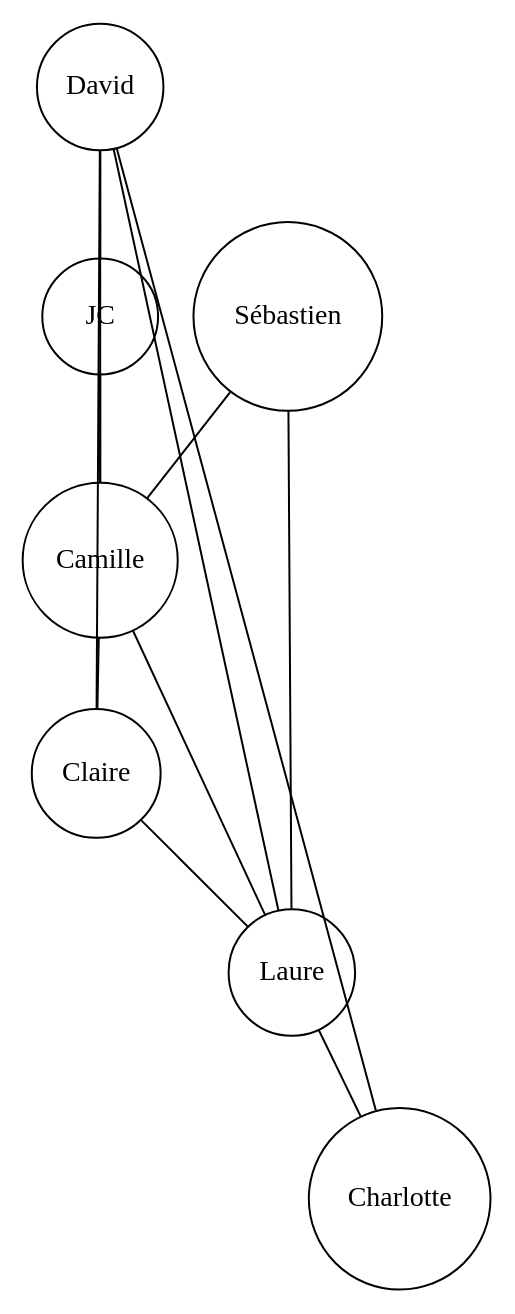
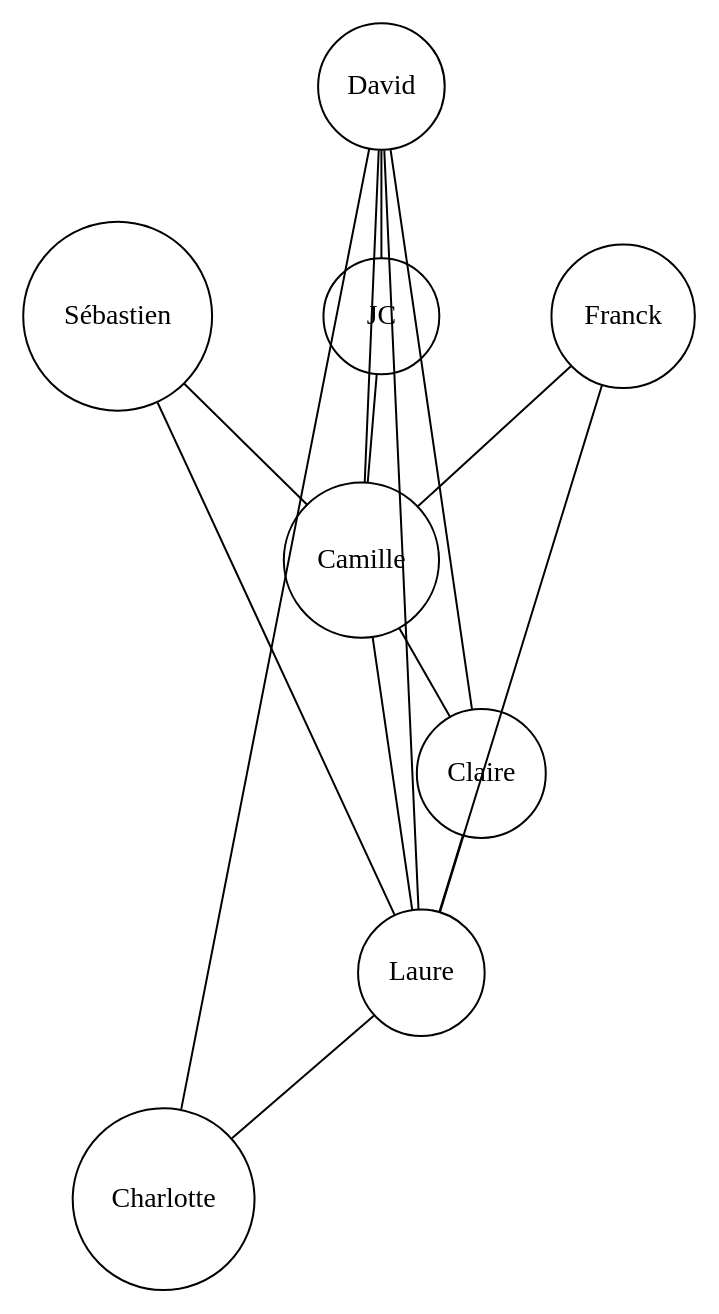
One commit to coti/interactions changed the diagram in graphe.dot. Above: the diagram before and after it, drawn with Graphviz.

Commit message:
Ajout Franck P

```diff
--- a/graphe.dot
+++ b/graphe.dot
@@ -1,18 +1,20 @@
  digraph G {
  node [shape=circle width=.8 ];
  edge [arrowhead=none];
  splines=false;
 
 Claire -> Laure;
 Laure -> Charlotte;
 David -> Laure;
 JC -> Camille;
 Camille -> Laure;
 David -> JC;
 Camille -> David;
 Camille -> Claire;
 David -> Charlotte;
 David -> Claire;
 Sébastien -> Laure;
 Sébastien -> Camille;
+Franck -> Laure;
+Franck -> Camille;
  }
```
